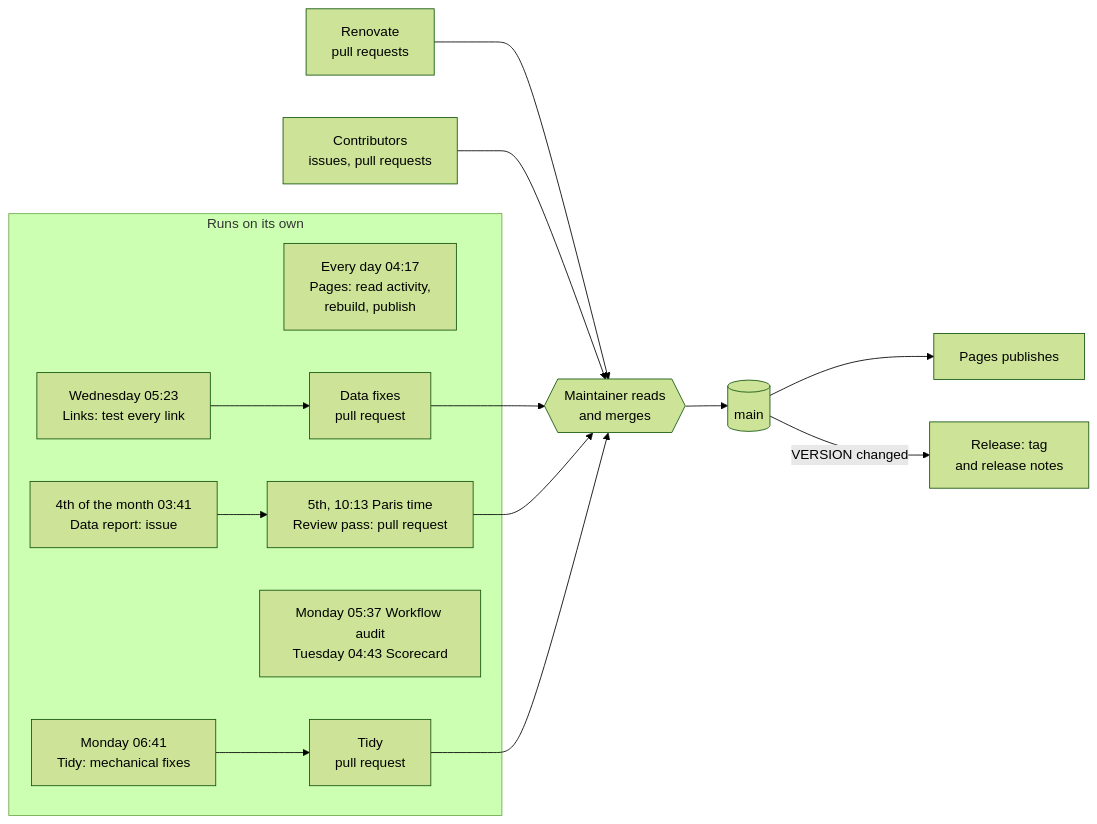
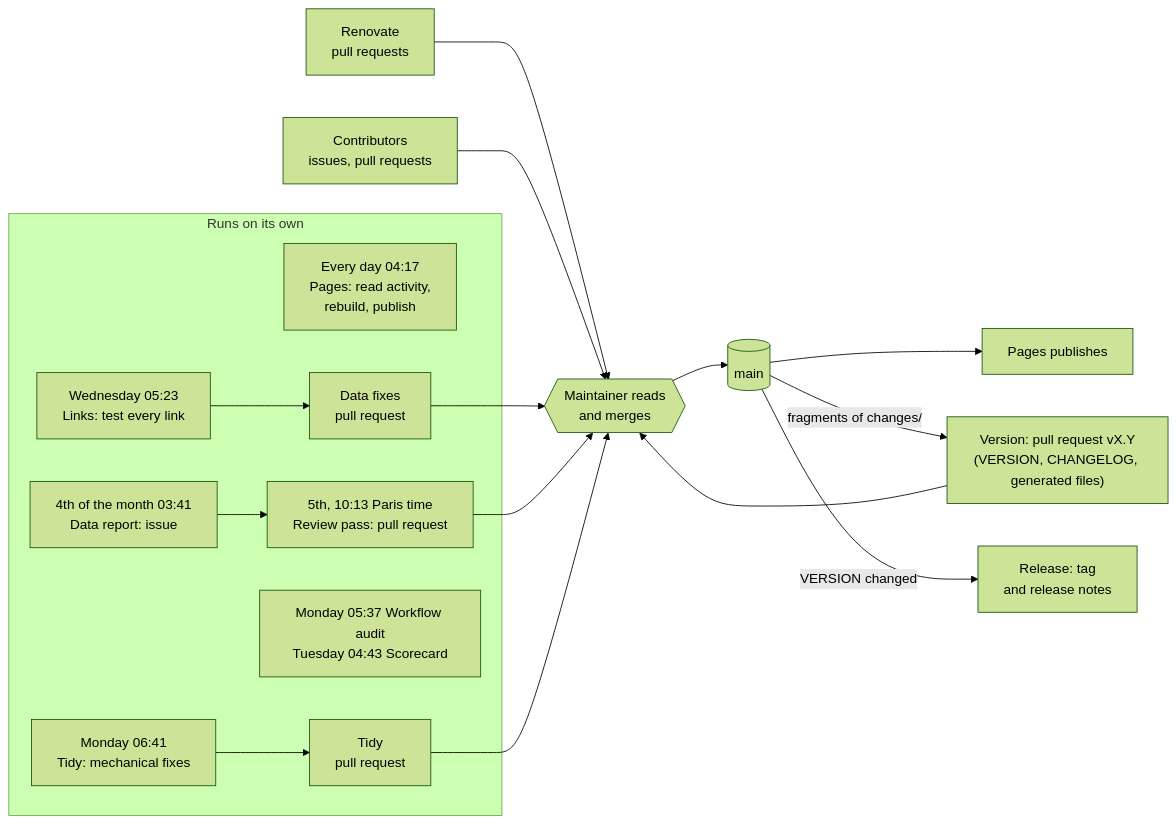
One commit to actarus314/awesome-lego changed the diagram in MAINTENANCE.md. Above: the diagram before and after it, drawn with Mermaid (forest theme). The commit also changed other lines of this file and 17 other files, not shown here.

Commit message:
Publication: version written after the merge from changes/ fragments (no number) (#34)

````diff
--- a/MAINTENANCE.md
+++ b/MAINTENANCE.md
@@ -7,18 +7,20 @@
 ```mermaid
 flowchart LR
   subgraph own["Runs on its own"]
     day["Every day 04:17<br/>Pages: read activity,<br/>rebuild, publish"]
     wed["Wednesday 05:23<br/>Links: test every link"] --> fix["Data fixes<br/>pull request"]
     m4["4th of the month 03:41<br/>Data report: issue"] --> m5["5th, 10:13 Paris time<br/>Review pass: pull request"]
     sec["Monday 05:37 Workflow audit<br/>Tuesday 04:43 Scorecard"]
     tidy["Monday 06:41<br/>Tidy: mechanical fixes"] --> tpr["Tidy<br/>pull request"]
   end
   reno["Renovate<br/>pull requests"] --> merge
   contrib["Contributors<br/>issues, pull requests"] --> merge
   fix --> merge
   m5 --> merge
   tpr --> merge
   merge{{"Maintainer reads<br/>and merges"}} --> main[("main")]
   main --> pub["Pages publishes"]
+  main -->|fragments of changes/| ver["Version: pull request vX.Y<br/>(VERSION, CHANGELOG, generated files)"]
+  ver --> merge
   main -->|VERSION changed| rel["Release: tag<br/>and release notes"]
 ```
````
